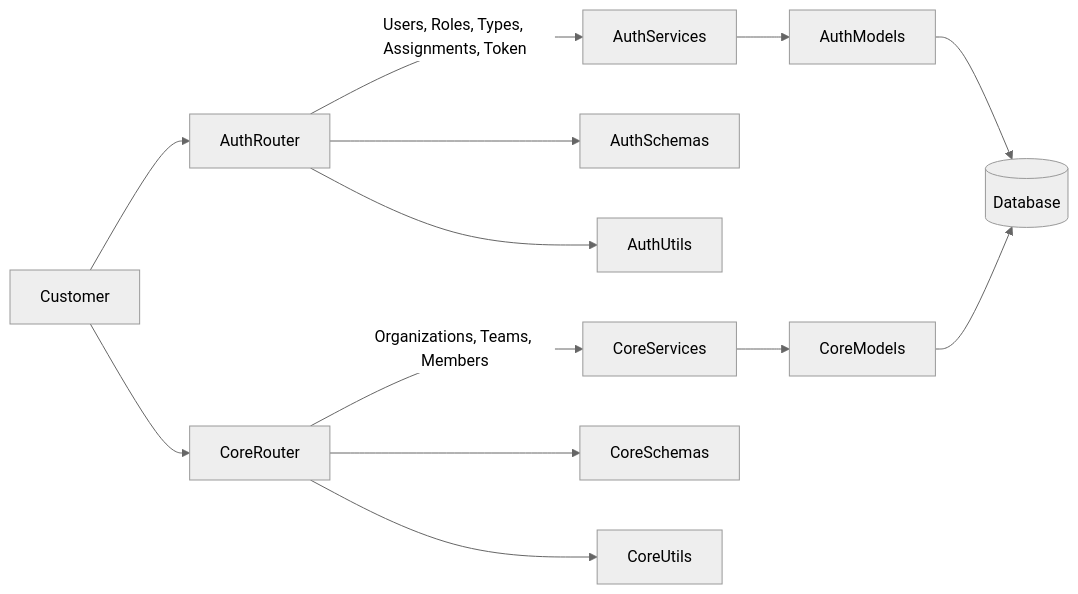
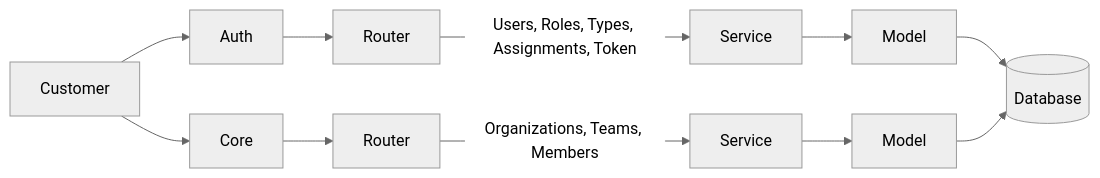
One commit to Sampath-Dz/organization_app changed the diagram in README.md. Above: the diagram before and after it, drawn with Mermaid (neutral theme). The commit also changed other lines of this file, not shown here.

````diff
--- a/README.md
+++ b/README.md
@@ -146,21 +148,17 @@
 ```mermaid
 flowchart LR
-    Customer --> AuthRouter
-    Customer --> CoreRouter
+    Customer --> Auth
+    Customer --> Core
 
-    %% Auth Service Flow
-    AuthRouter -->|Users, Roles, Types, Assignments, Token| AuthServices
-    AuthServices --> AuthModels
-    AuthModels --> DB[(Database)]
+    %% Auth Flow
+    Auth --> Router1[Router]
+    Router1 -->|Users, Roles, Types, Assignments, Token| Service1[Service]
+    Service1 --> Model1[Model]
+    Model1 --> DB[(Database)]
 
-    AuthRouter --> AuthSchemas
-    AuthRouter --> AuthUtils
-
-    %% Core Service Flow
-    CoreRouter -->|Organizations, Teams, Members| CoreServices
-    CoreServices --> CoreModels
-    CoreModels --> DB
-
-    CoreRouter --> CoreSchemas
-    CoreRouter --> CoreUtils
+    %% Core Flow
+    Core --> Router2[Router]
+    Router2 -->|Organizations, Teams, Members| Service2[Service]
+    Service2 --> Model2[Model]
+    Model2 --> DB
 ```
````
